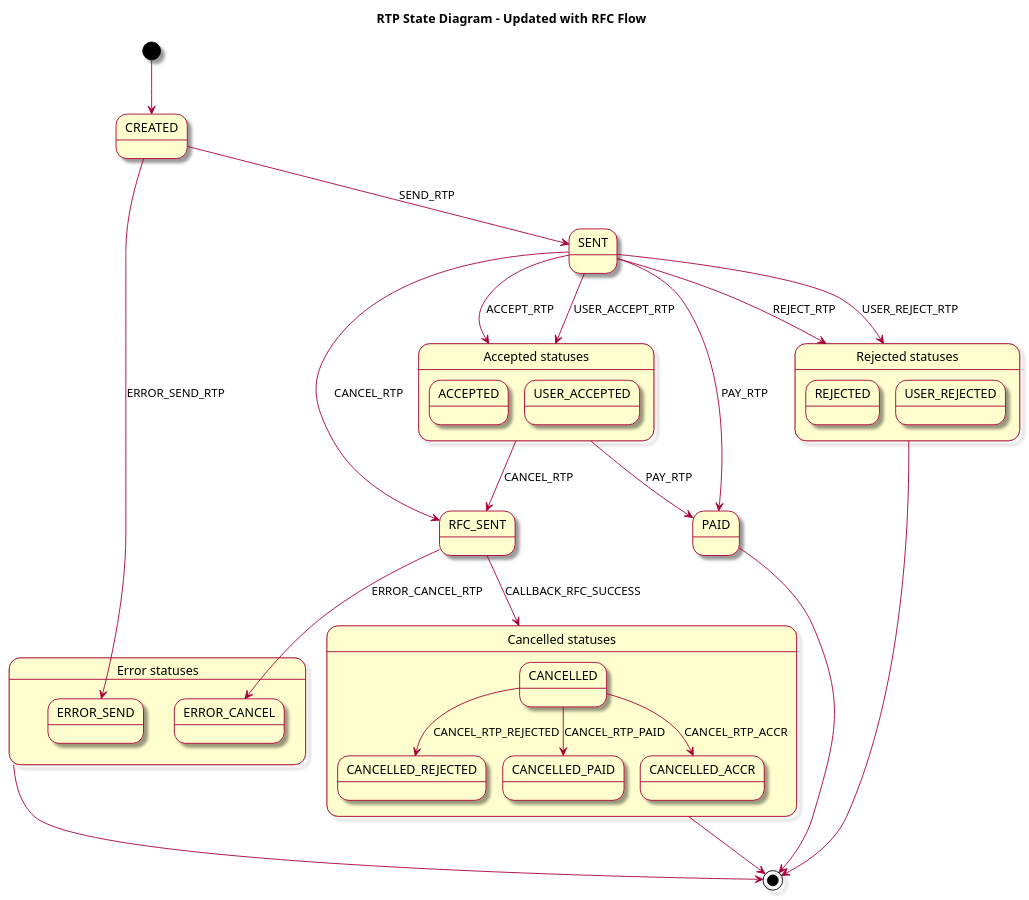
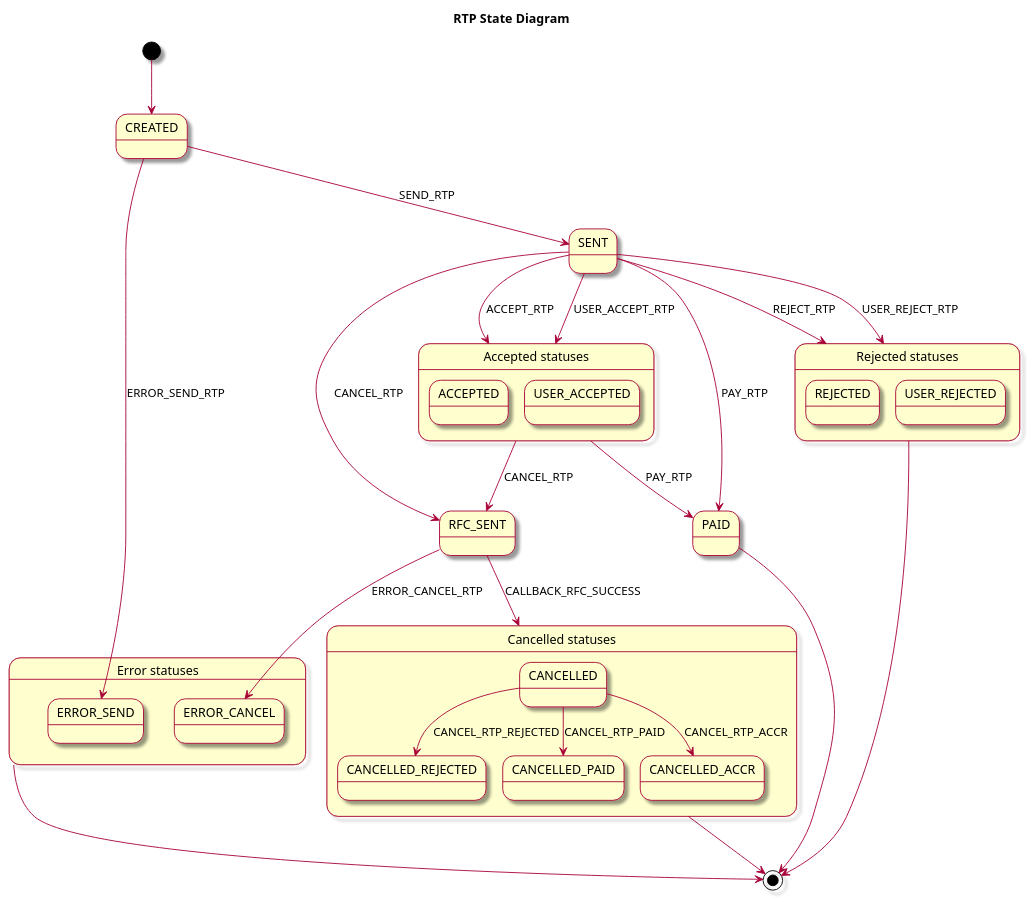
Before and after one commit to pagopa/rtp-docs: the diagram in diagrams/rtp-state-diagram.puml, drawn with PlantUML.

Commit message:
[SRTP-1354] Updated RTP Diagrams

```diff
--- a/diagrams/rtp-state-diagram.puml
+++ b/diagrams/rtp-state-diagram.puml
@@ -1,61 +1,61 @@
 @startuml
 skin rose
-title RTP State Diagram - Updated with RFC Flow
+title RTP State Diagram
 
 state CREATED
 state SENT
 state RFC_SENT 
 
 state "Error statuses" as ES {
     state ERROR_SEND
     state ERROR_CANCEL
 }
 
 state "Accepted statuses" as AS {
     state ACCEPTED
     state USER_ACCEPTED
 }
 
 state "Rejected statuses" as RS {
     state REJECTED
     state USER_REJECTED
 }
 
 state "Cancelled statuses" as CS {
     state CANCELLED
     state CANCELLED_REJECTED
     state CANCELLED_PAID
     state CANCELLED_ACCR
 }
 
 [*] --> CREATED
 
 CREATED --> SENT : SEND_RTP
 CREATED --> ERROR_SEND : ERROR_SEND_RTP
 
 SENT --> AS : ACCEPT_RTP
 SENT --> RS : REJECT_RTP
 SENT --> AS : USER_ACCEPT_RTP
 SENT --> RS : USER_REJECT_RTP
 SENT --> PAID : PAY_RTP
 AS --> PAID : PAY_RTP
 
 ' Nuovo Flusso RFC
 SENT --> RFC_SENT : CANCEL_RTP
 AS --> RFC_SENT : CANCEL_RTP
 
 ' Gestione esiti da RFC_SENT
 RFC_SENT --> CS : CALLBACK_RFC_SUCCESS
 RFC_SENT --> ERROR_CANCEL : ERROR_CANCEL_RTP
 
 ' Sottostati di cancellazione
 CANCELLED --> CANCELLED_ACCR : CANCEL_RTP_ACCR
 CANCELLED --> CANCELLED_REJECTED : CANCEL_RTP_REJECTED
 CANCELLED --> CANCELLED_PAID : CANCEL_RTP_PAID
 
 PAID --> [*]
 RS --> [*]
 ES --> [*]
 CS --> [*]
 
 @enduml
```
